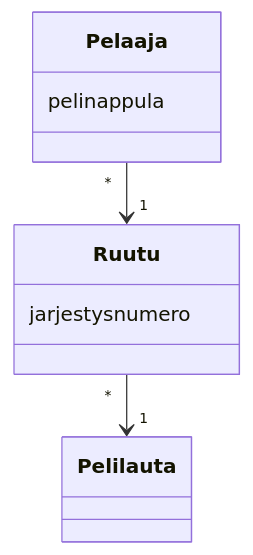
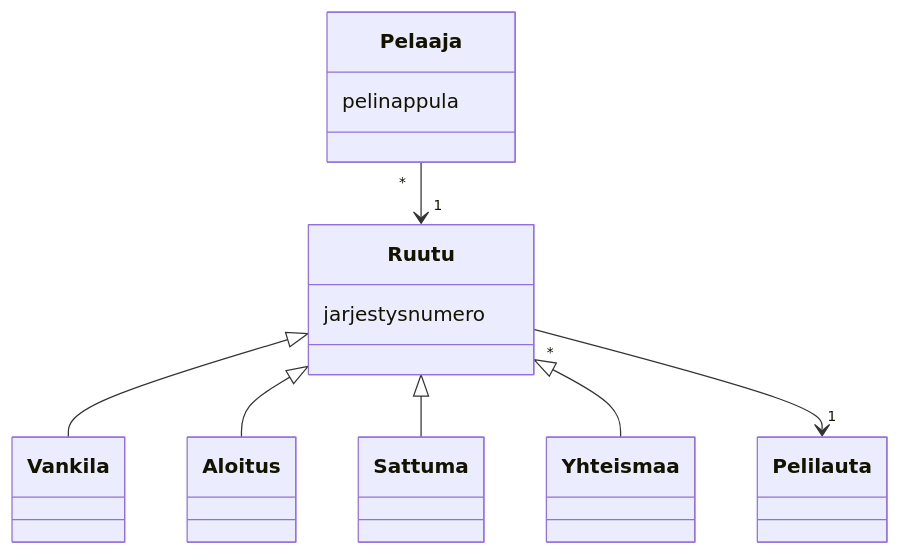
Before and after one commit to VilleJuhan1/ot-harjoitustyo: the diagram in laskarit/viikko3/luokkakaavio_monopoli.md, drawn with Mermaid.

Commit message:
Lisää luokkakaaviota

````diff
--- a/laskarit/viikko3/luokkakaavio_monopoli.md
+++ b/laskarit/viikko3/luokkakaavio_monopoli.md
@@ -3,13 +3,25 @@
 ```mermaid
 classDiagram
+    Ruutu <|-- Vankila
+    Ruutu <|-- Aloitus
+    Ruutu <|-- Sattuma
+    Ruutu <|-- Yhteismaa
     Ruutu "*" --> "1" Pelilauta
     Pelaaja "*" --> "1" Ruutu
     class Pelilauta{
     }
     class Ruutu{
         jarjestysnumero
     }
     class Pelaaja{
         pelinappula
     }
+    class Vankila{
+    }
+    class Aloitus{
+    }
+    class Sattuma{
+    }
+    class Yhteismaa{
+    }
 ```    
````
